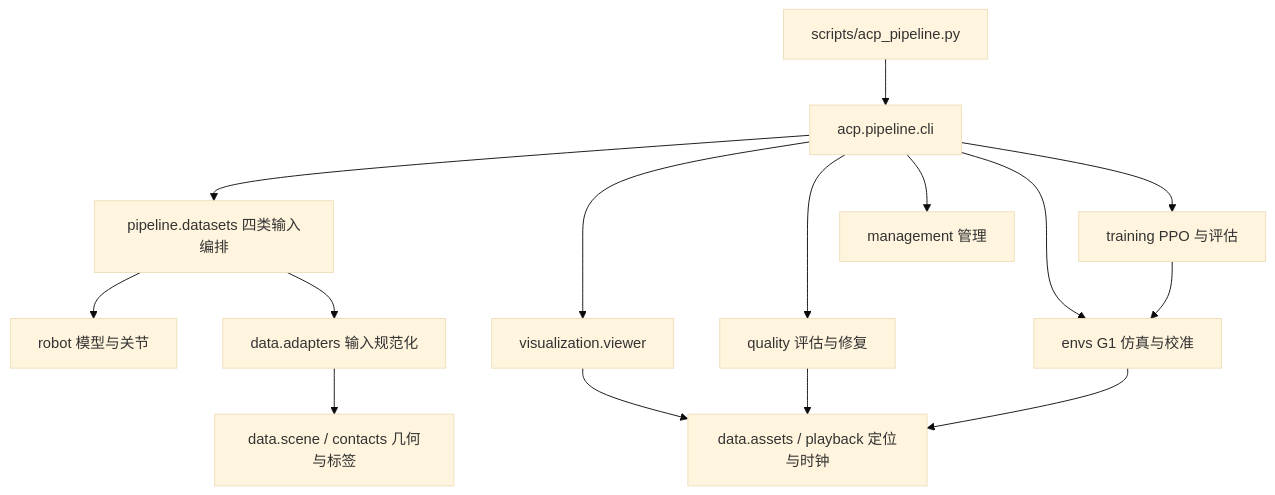
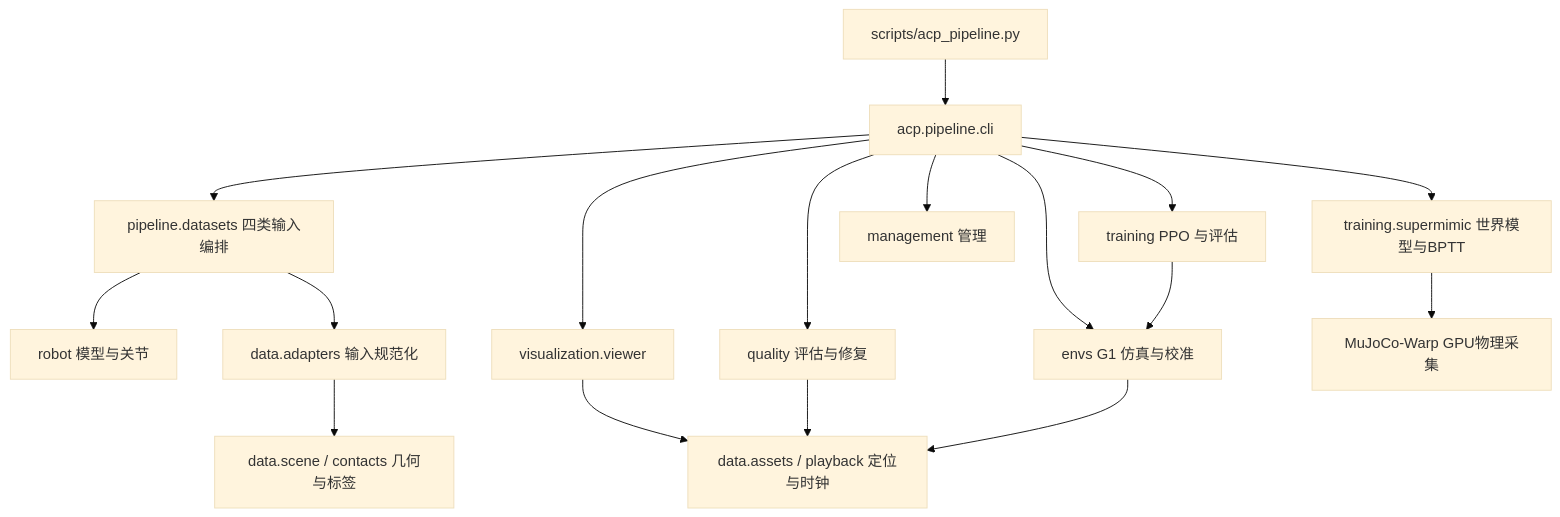
The diagram in docs/03_方法与规范/仓库文件与架构查询.md (luoyx123/ACP_repro), drawn with Mermaid (base theme) before and after one commit. The commit also changed other lines of this file and 22 other files, not shown here.

````diff
--- a/docs/03_方法与规范/仓库文件与架构查询.md
+++ b/docs/03_方法与规范/仓库文件与架构查询.md
@@ -31,17 +32,19 @@
 ```mermaid
 flowchart TD
     CLI[scripts/acp_pipeline.py] --> P[acp.pipeline.cli]
     P --> D[pipeline.datasets 四类输入编排]
     P --> V[visualization.viewer]
     P --> Q[quality 评估与修复]
     P --> M[management 管理]
     P --> E[envs G1 仿真与校准]
     P --> L[training PPO 与评估]
+    P --> SM[training.supermimic 世界模型与BPTT]
+    SM --> MW[MuJoCo-Warp GPU物理采集]
     L --> E
     E --> S
     D --> R[robot 模型与关节]
     D --> A[data.adapters 输入规范化]
     A --> C[data.scene / contacts 几何与标签]
     V --> S[data.assets / playback 定位与时钟]
     Q --> S
 ```
````
